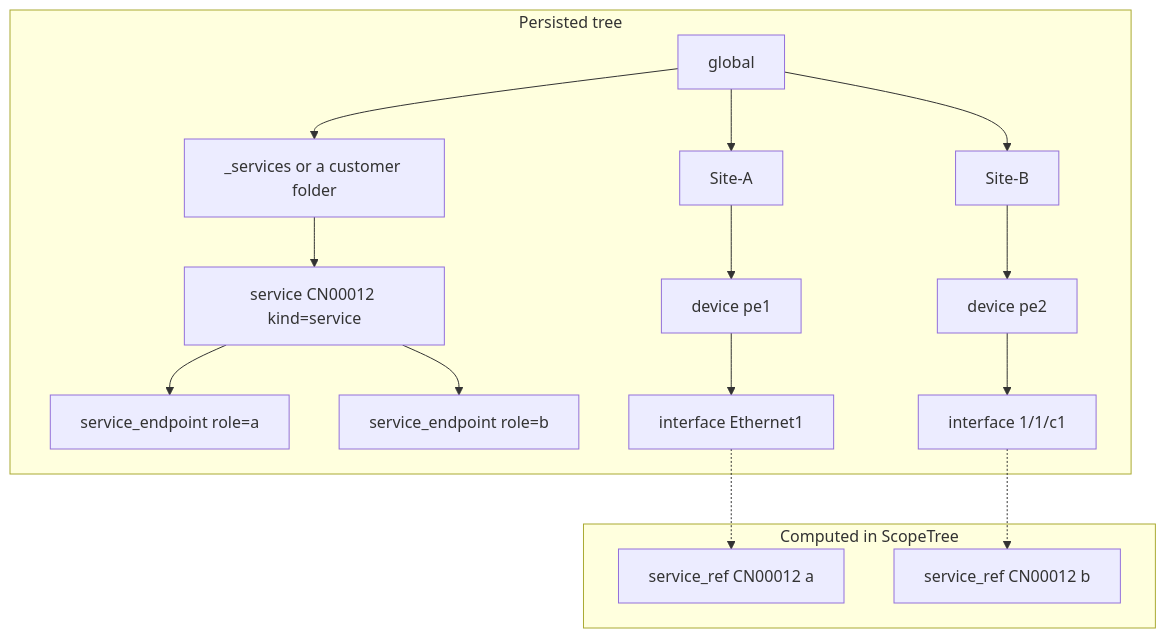
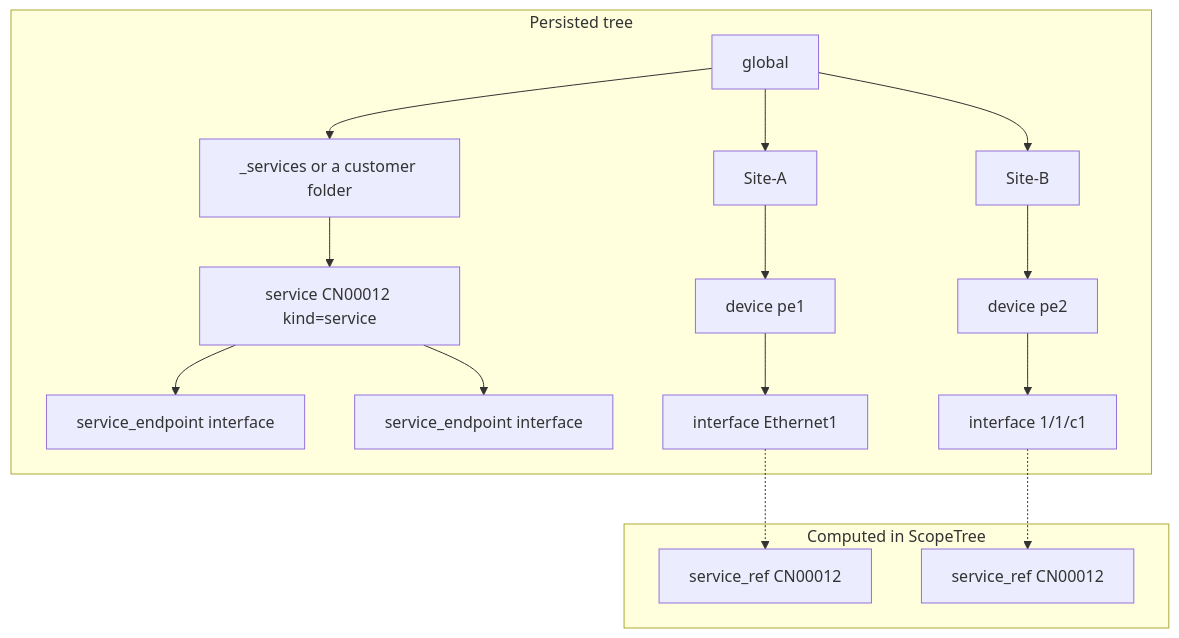
The third of 4 diagrams in docs/cfgmgmt-tree-objects.md (abundo/factum2), drawn with Mermaid before and after one commit. The commit also changed other lines of this file and 7 other files, not shown here.

````diff
--- a/docs/cfgmgmt-tree-objects.md
+++ b/docs/cfgmgmt-tree-objects.md
@@ -501,28 +508,28 @@
 ```mermaid
 flowchart TB
   subgraph tree [Persisted tree]
     G[global]
     SvcFolder["_services or a customer folder"]
     SvcNode["service CN00012 kind=service"]
-    EPA["service_endpoint role=a"]
-    EPB["service_endpoint role=b"]
+    EPA["service_endpoint interface"]
+    EPB["service_endpoint interface"]
     SiteA[Site-A]
     PE1["device pe1"]
     I1["interface Ethernet1"]
     SiteB[Site-B]
     PE2["device pe2"]
     I2["interface 1/1/c1"]
     G --> SvcFolder --> SvcNode
     SvcNode --> EPA
     SvcNode --> EPB
     G --> SiteA --> PE1 --> I1
     G --> SiteB --> PE2 --> I2
   end
 
   subgraph virtual [Computed in ScopeTree]
-    R1["service_ref CN00012 a"]
-    R2["service_ref CN00012 b"]
+    R1["service_ref CN00012"]
+    R2["service_ref CN00012"]
     I1 -.-> R1
     I2 -.-> R2
   end
 ```
````
